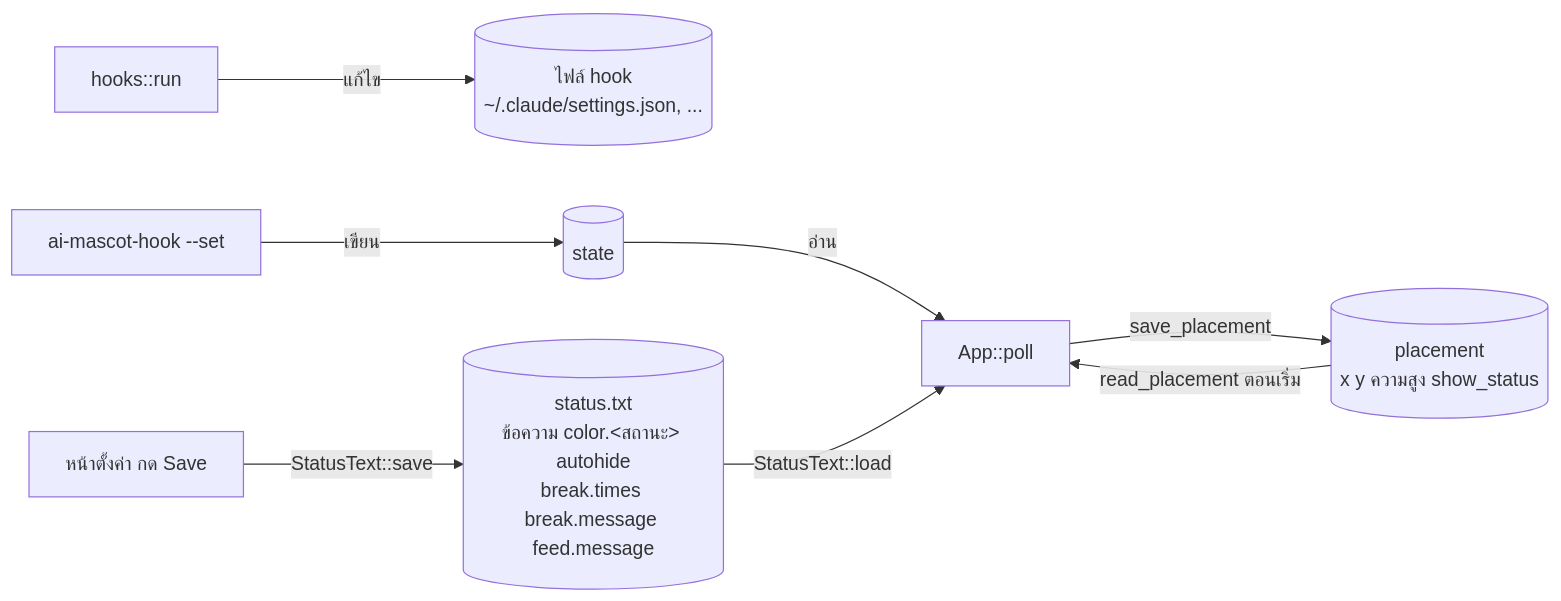
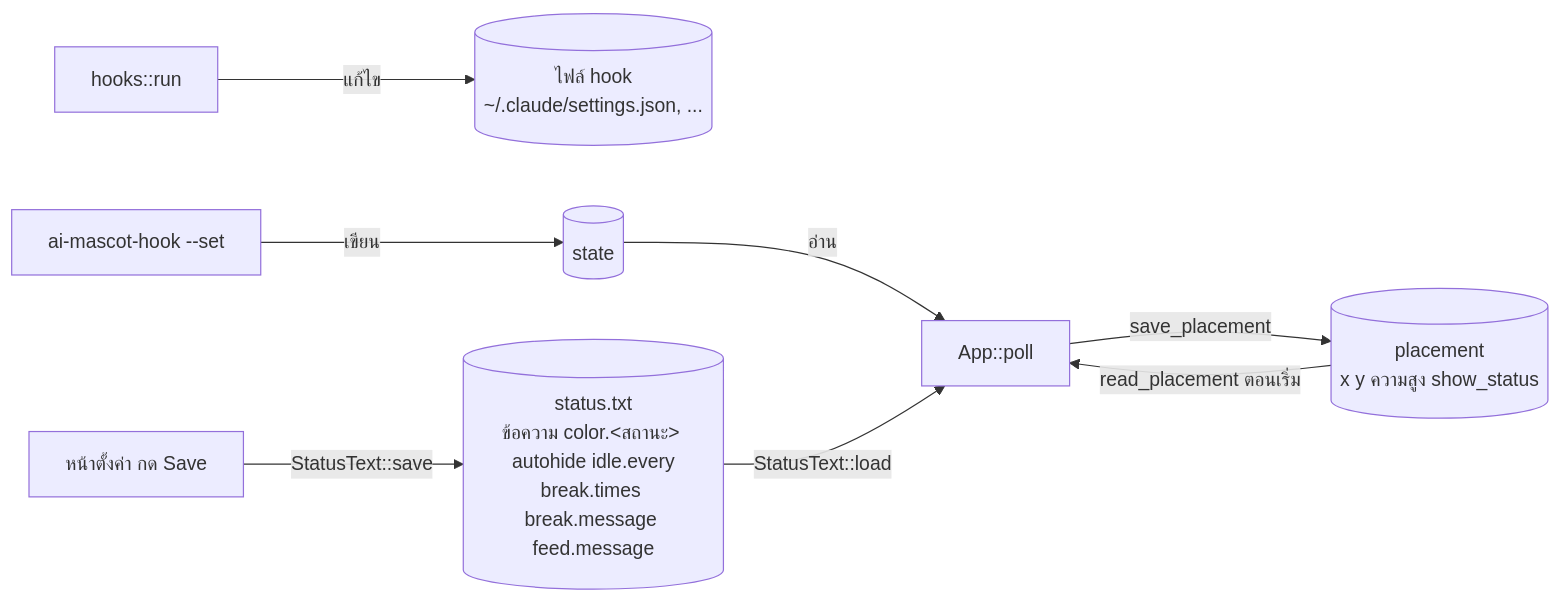
Before and after one commit to thanachaiakt/ai-mascot-hook: the seventh of 7 diagrams in docs/th/architecture.md, drawn with Mermaid. The commit also changed other lines of this file and 40 other files, not shown here.

````diff
--- a/docs/th/architecture.md
+++ b/docs/th/architecture.md
@@ -207,10 +210,10 @@
 ```mermaid
 flowchart LR
     hooks2["hooks::run"] -- "แก้ไข" --> settings[("ไฟล์ hook<br/>~/.claude/settings.json, ...")]
     setcmd["ai-mascot-hook --set"] -- "เขียน" --> state[("state")]
     state -- "อ่าน" --> app2["App::poll"]
     app2 -- "save_placement" --> placement[("placement<br/>x y ความสูง show_status")]
     placement -- "read_placement ตอนเริ่ม" --> app2
-    editor2["หน้าตั้งค่า กด Save"] -- "StatusText::save" --> statustxt[("status.txt<br/>ข้อความ color.&lt;สถานะ&gt; autohide<br/>break.times break.message feed.message")]
+    editor2["หน้าตั้งค่า กด Save"] -- "StatusText::save" --> statustxt[("status.txt<br/>ข้อความ color.&lt;สถานะ&gt; autohide idle.every<br/>break.times break.message feed.message")]
     statustxt -- "StatusText::load" --> app2
 ```
````
